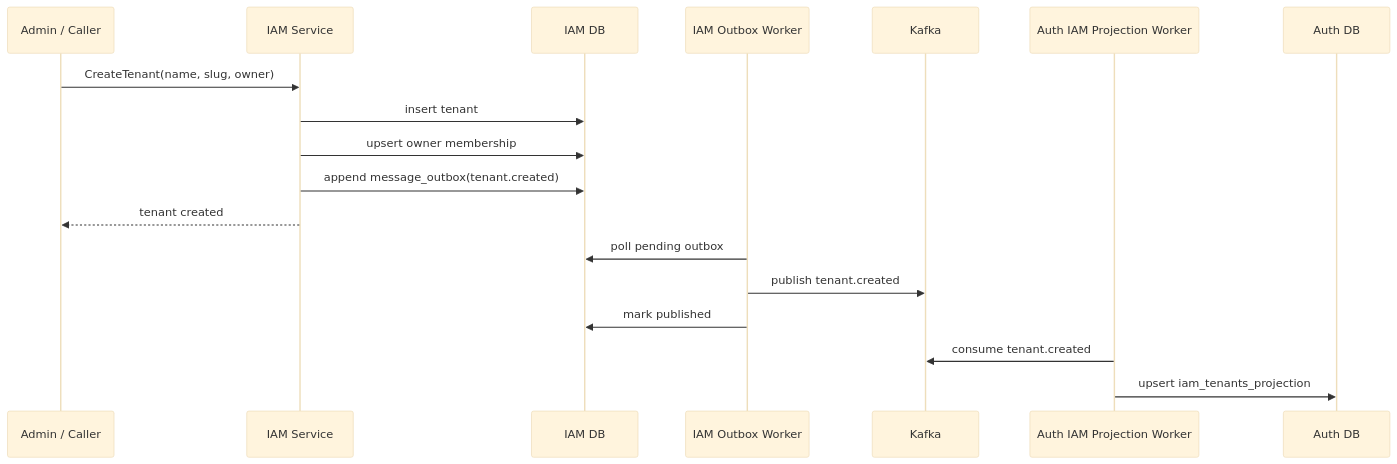
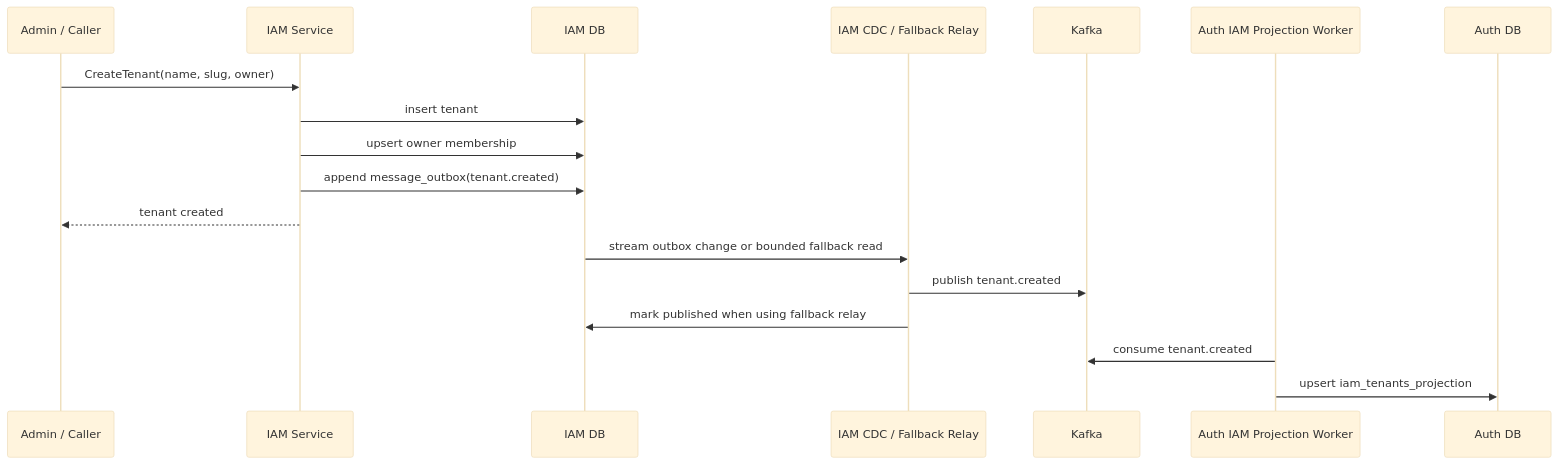
Before and after one commit to tuannm99/podzone: the second of 9 diagrams in docs/architecture/sequences.md, drawn with Mermaid (base theme). The commit also changed other lines of this file and 15 other files, not shown here.

Commit message:
fix(vibe): cdc connect for outbox streaming

````diff
--- a/docs/architecture/sequences.md
+++ b/docs/architecture/sequences.md
@@ -28,23 +28,23 @@
 ```mermaid
 sequenceDiagram
     participant Admin as Admin / Caller
     participant IAM as IAM Service
     participant IAMDB as IAM DB
-    participant Outbox as IAM Outbox Worker
+    participant EventRelay as IAM CDC / Fallback Relay
     participant Kafka as Kafka
     participant AuthProj as Auth IAM Projection Worker
     participant AuthDB as Auth DB
 
     Admin->>IAM: CreateTenant(name, slug, owner)
     IAM->>IAMDB: insert tenant
     IAM->>IAMDB: upsert owner membership
     IAM->>IAMDB: append message_outbox(tenant.created)
     IAM-->>Admin: tenant created
 
-    Outbox->>IAMDB: poll pending outbox
-    Outbox->>Kafka: publish tenant.created
-    Outbox->>IAMDB: mark published
+    IAMDB->>EventRelay: stream outbox change or bounded fallback read
+    EventRelay->>Kafka: publish tenant.created
+    EventRelay->>IAMDB: mark published when using fallback relay
 
     AuthProj->>Kafka: consume tenant.created
     AuthProj->>AuthDB: upsert iam_tenants_projection
 ```
````
